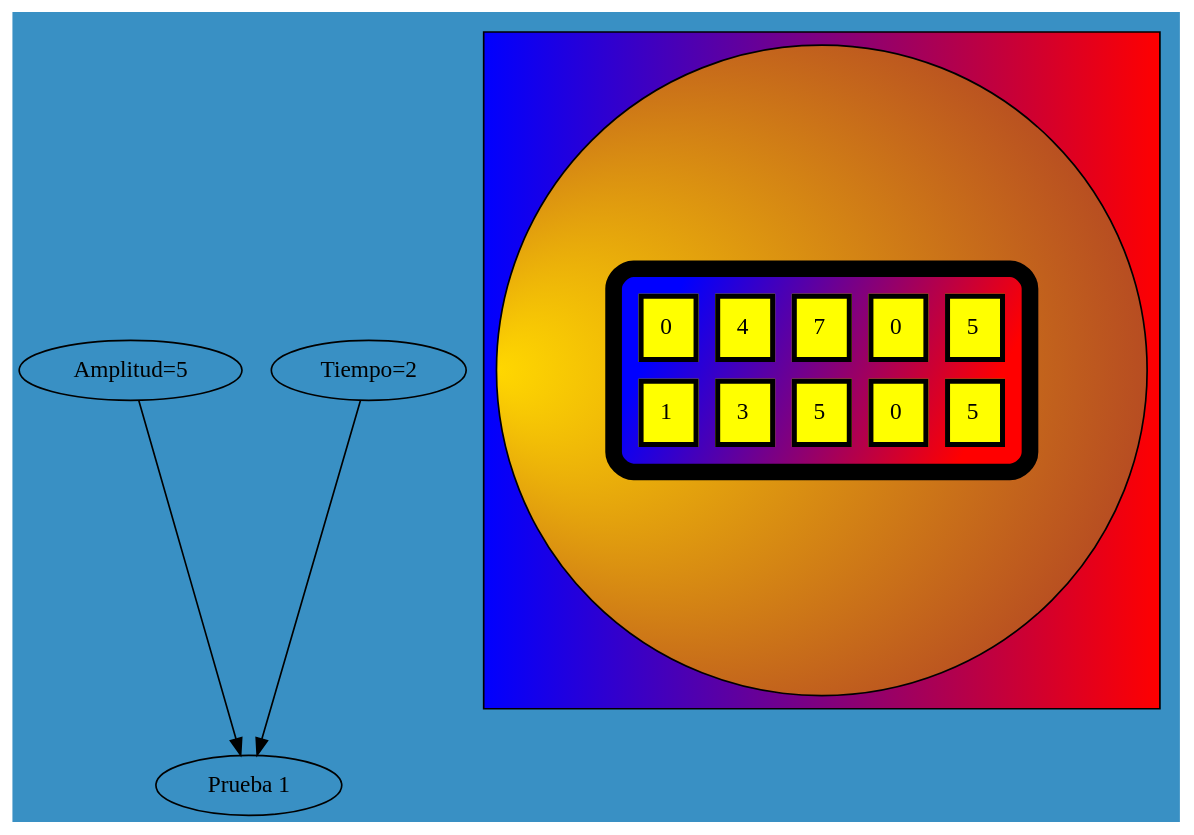
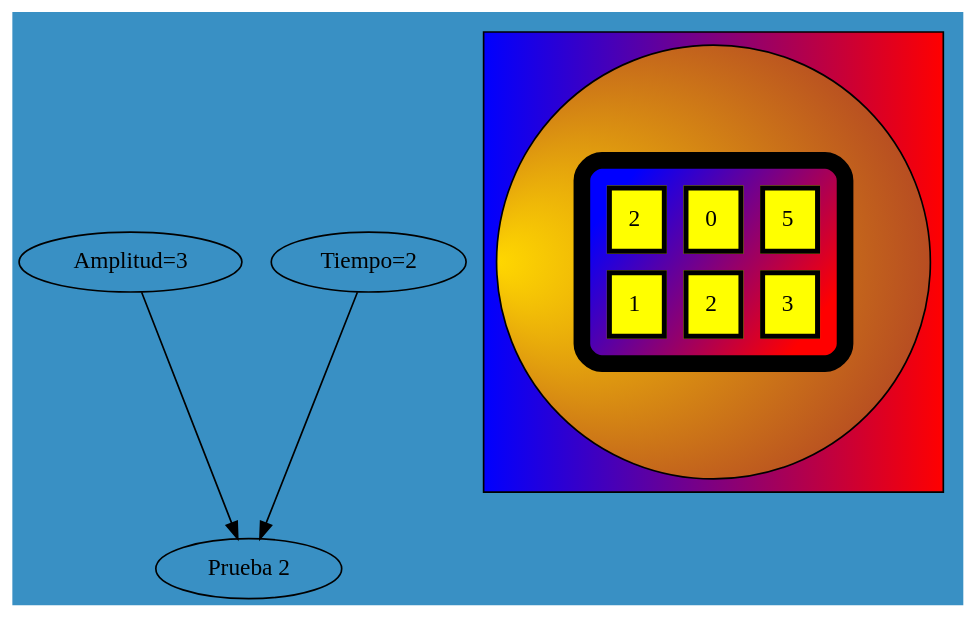
One commit to helenrodas/-IPC2_Proyecto1_202200066 changed the diagram in bb.dot. Above: the diagram before and after it, drawn with Graphviz. The commit also changed 8 other files, not shown here.

```diff
--- a/bb.dot
+++ b/bb.dot
@@ -1,20 +1,16 @@
 
-            digraph G {"Amplitud=5","Tiempo=2"->" Prueba 1" bgcolor="#3990C4" style="filled"
+            digraph G {"Amplitud=3","Tiempo=2"->" Prueba 2" bgcolor="#3990C4" style="filled"
             subgraph cluster1 {fillcolor="blue:red" style="filled"
             node [shape=circle fillcolor="gold:brown" style="radial" gradientangle=180]
             a0 [ label=<
             <TABLE border="10" cellspacing="10" cellpadding="10" style="rounded" bgcolor="blue:red" gradientangle="315">
-<TR><TD border="3"  bgcolor="yellow" gradientangle="315">0</TD>
-<TD border="3"  bgcolor="yellow" gradientangle="315">4</TD>
-<TD border="3"  bgcolor="yellow" gradientangle="315">7</TD>
+<TR><TD border="3"  bgcolor="yellow" gradientangle="315">2</TD>
 <TD border="3"  bgcolor="yellow" gradientangle="315">0</TD>
 <TD border="3"  bgcolor="yellow" gradientangle="315">5</TD>
 </TR>
 <TR><TD border="3"  bgcolor="yellow" gradientangle="315">1</TD>
+<TD border="3"  bgcolor="yellow" gradientangle="315">2</TD>
 <TD border="3"  bgcolor="yellow" gradientangle="315">3</TD>
-<TD border="3"  bgcolor="yellow" gradientangle="315">5</TD>
-<TD border="3"  bgcolor="yellow" gradientangle="315">0</TD>
-<TD border="3"  bgcolor="yellow" gradientangle="315">5</TD>
  </TR></TABLE>>];
                 }
                 }
```
